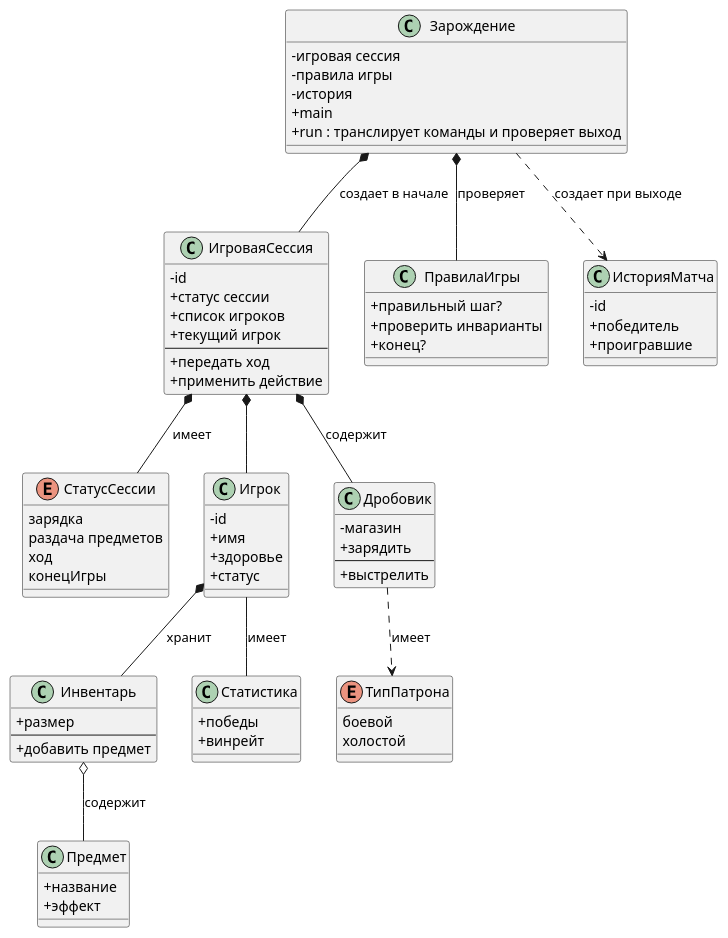
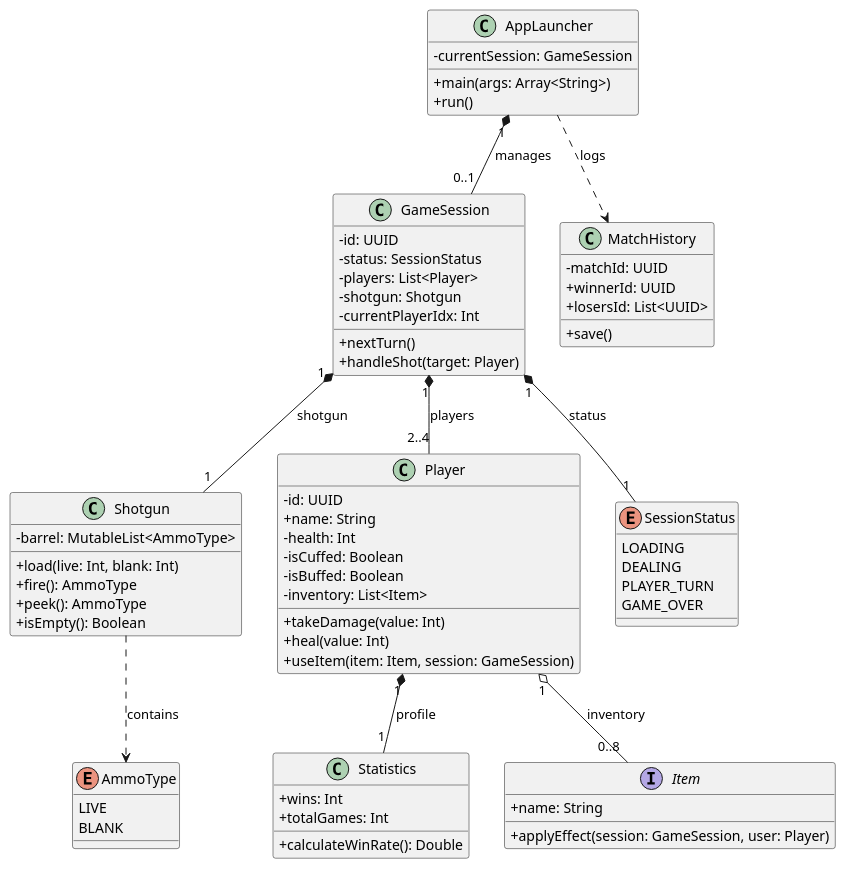
Before and after one commit to ermmmaks/CasePracticeKT: the diagram in diagram.puml, drawn with PlantUML.

Commit message:
Forgot about saving

```diff
--- a/diagram.puml
+++ b/diagram.puml
@@ -1,89 +1,91 @@
 @startuml
 skinparam classAttributeIconSize 0
 
-class Зарождение {
-    - игровая сессия
-    - правила игры
-    - история
-    + main
-    + run : транслирует команды и проверяет выход
+' --- Основные классы (C) ---
+
+class AppLauncher {
+    - currentSession: GameSession
+    + main(args: Array<String>)
+    + run()
 }
 
-class ИгроваяСессия {
-    - id
-    + статус сессии
-    + список игроков
-    + текущий игрок
-    --
-    + передать ход
-    + применить действие
+class GameSession {
+    - id: UUID
+    - status: SessionStatus
+    - players: List<Player>
+    - shotgun: Shotgun
+    - currentPlayerIdx: Int
+    
+    + nextTurn()
+    + handleShot(target: Player)
 }
 
-class ПравилаИгры {
-    + правильный шаг?
-    + проверить инварианты
-    + конец?
+class Shotgun {
+    - barrel: MutableList<AmmoType>
+    + load(live: Int, blank: Int)
+    + fire(): AmmoType
+    + peek(): AmmoType
+    + isEmpty(): Boolean
 }
 
-class ИсторияМатча {
-    - id
-    + победитель
-    + проигравшие
+class Player {
+    - id: UUID
+    + name: String
+    - health: Int
+    - isCuffed: Boolean
+    - isBuffed: Boolean
+    - inventory: List<Item>
+    
+    + takeDamage(value: Int)
+    + heal(value: Int)
+    + useItem(item: Item, session: GameSession)
 }
 
-enum СтатусСессии {
-    зарядка
-    раздача предметов
-    ход
-    конецИгры
+class Statistics {
+    + wins: Int
+    + totalGames: Int
+    + calculateWinRate(): Double
 }
 
-class Игрок {
-    - id
-    + имя
-    + здоровье
-    + статус
+class MatchHistory {
+    - matchId: UUID
+    + winnerId: UUID
+    + losersId: List<UUID>
+    + save()
 }
 
-class Дробовик {
-    - магазин
-    + зарядить
-    --
-    + выстрелить
+' --- Перечисления (E) ---
+
+enum AmmoType {
+    LIVE
+    BLANK
 }
 
-enum ТипПатрона {
-    боевой
-    холостой
+enum SessionStatus {
+    LOADING
+    DEALING
+    PLAYER_TURN
+    GAME_OVER
 }
 
-class Инвентарь {
-    + размер
-    --
-    + добавить предмет
+' --- Интерфейсы и Абстракции (I) ---
+
+interface Item {
+    + name: String
+    + applyEffect(session: GameSession, user: Player)
 }
 
-class Статистика {
-    + победы
-    + винрейт
-}
+' --- Отношения и зависимости ---
 
-class Предмет {
-    + название
-    + эффект
-}
+AppLauncher "1" *-- "0..1" GameSession : manages
+GameSession "1" *-- "2..4" Player : players
+GameSession "1" *-- "1" Shotgun : shotgun
+GameSession "1" *-- "1" SessionStatus : status
 
-Зарождение *-- ИгроваяСессия : создает в начале
-Зарождение *-- ПравилаИгры : проверяет
-Зарождение ..> ИсторияМатча : создает при выходе
+Player "1" *-- "1" Statistics : profile
+Player "1" o-- "0..8" Item : inventory
 
-ИгроваяСессия *-- СтатусСессии : имеет
-ИгроваяСессия *-- Игрок
-ИгроваяСессия *-- Дробовик : содержит
-
-Игрок *-- Инвентарь : хранит
-Игрок -- Статистика : имеет
-Инвентарь o-- Предмет : содержит
-Дробовик ..> ТипПатрона : имеет
+Shotgun ..> AmmoType : contains
+AppLauncher ..> MatchHistory : logs
 
 @enduml
```
